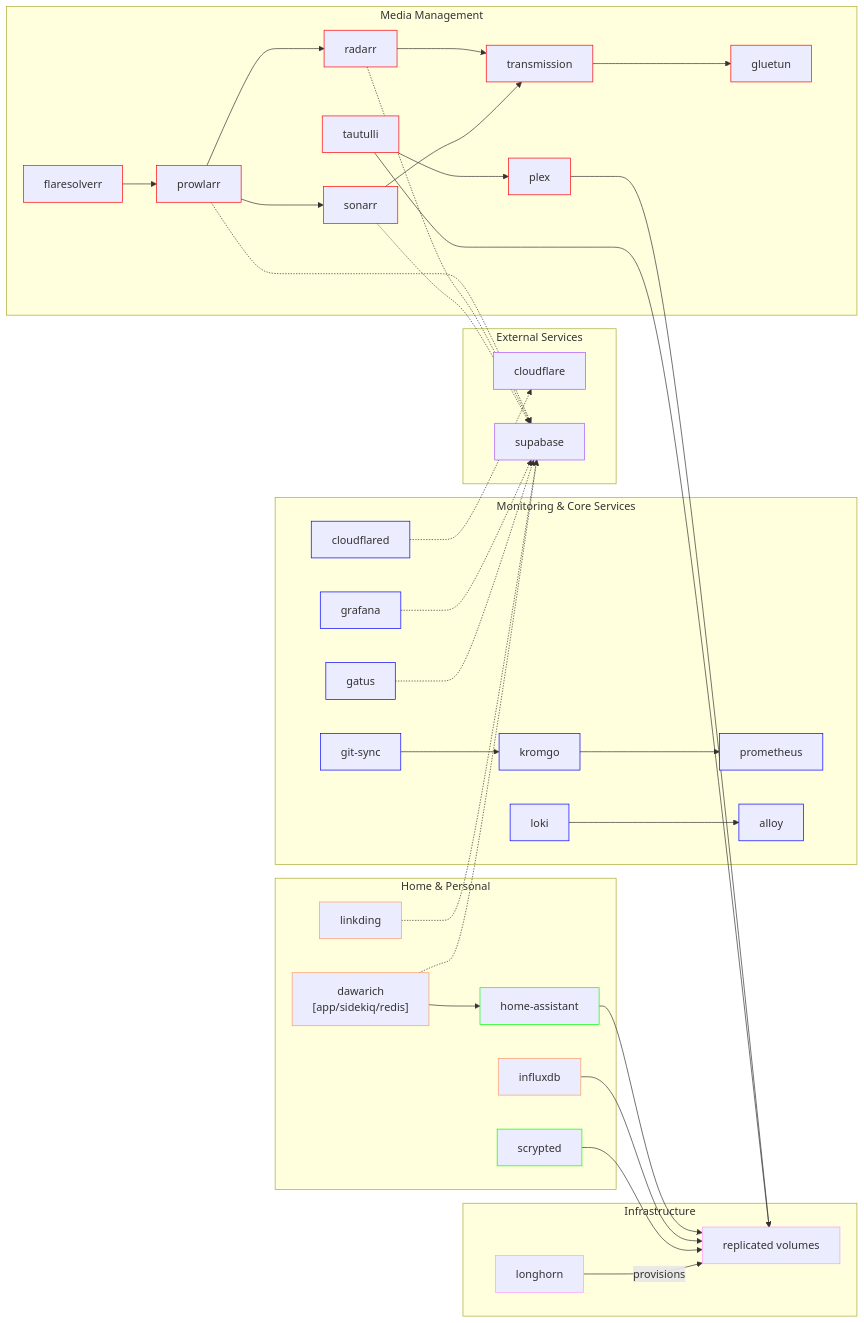
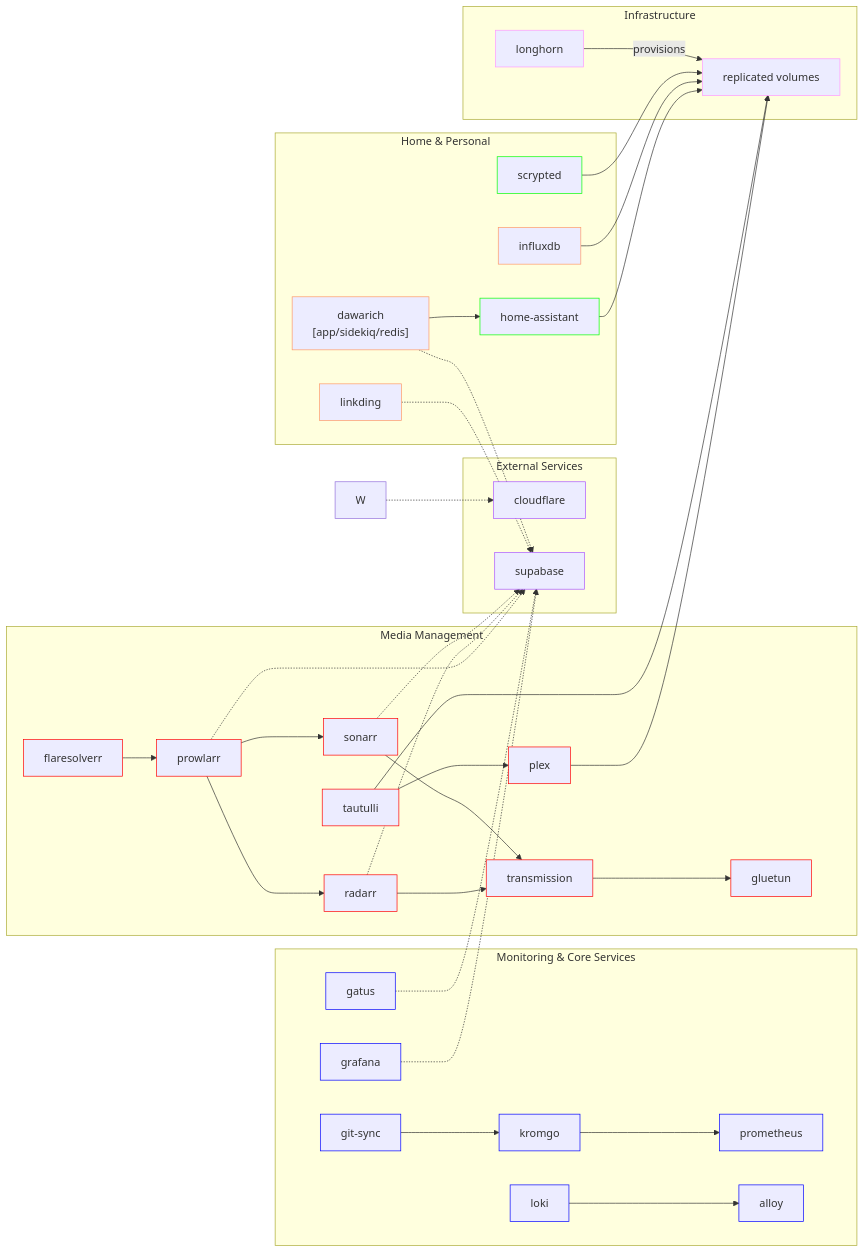
Before and after one commit to jaredfiorali/infrastructure: the first of 5 diagrams in README.md, drawn with Mermaid. The commit also changed other lines of this file, not shown here.

```diff
--- a/README.md
+++ b/README.md
@@ -129,7 +129,6 @@
         I[prometheus]:::blue
         O[loki]:::blue
         K[alloy]:::blue
-        W[cloudflared]:::blue
         Q[gatus]:::blue
     end
 
```
